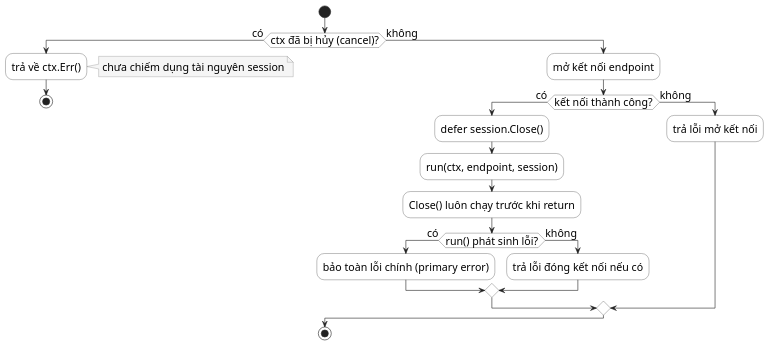
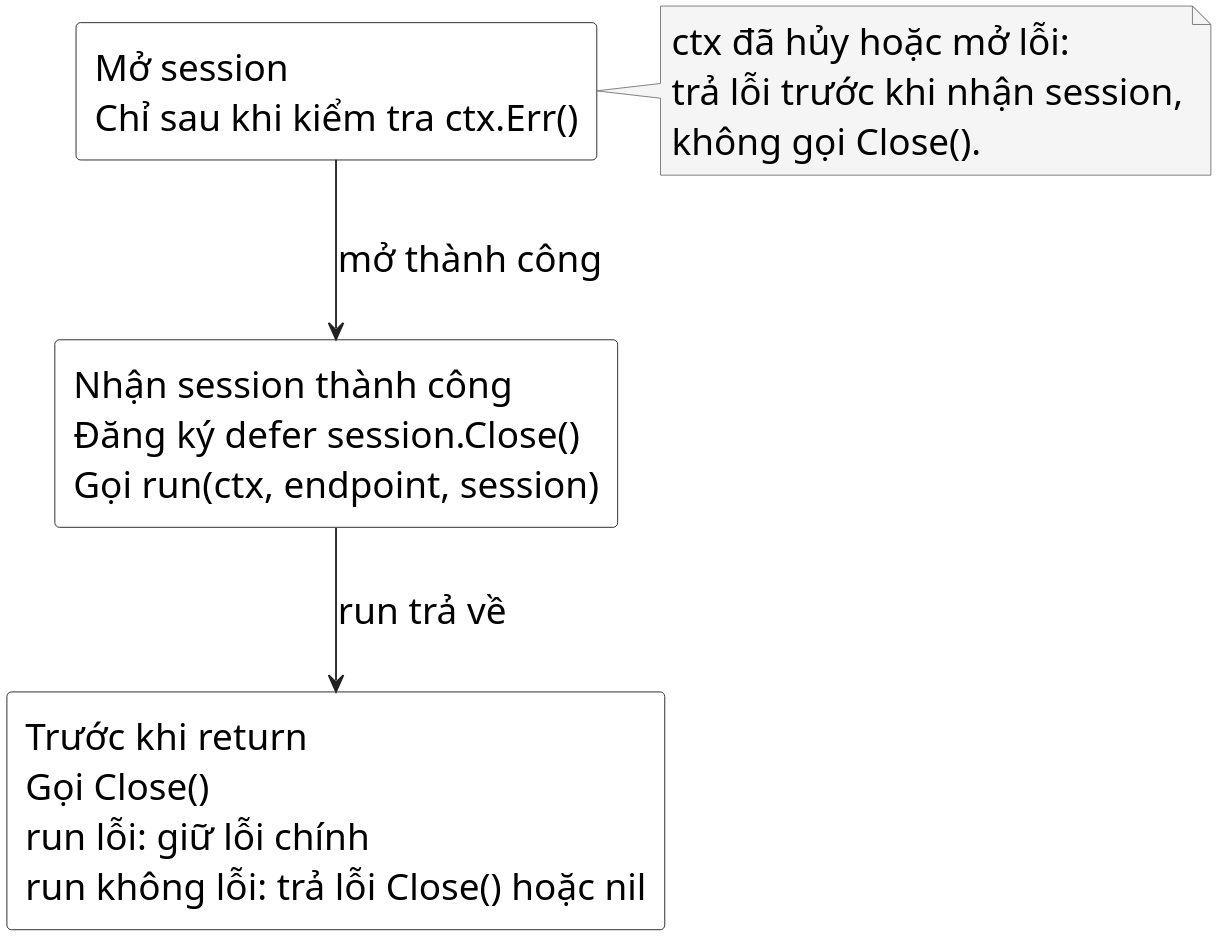
The diagram in assets/diagrams/cancellation-cleanup-trace.puml (Minhlike/Golang), drawn with PlantUML before and after one commit. The commit also changed 68 other files, not shown here.

```diff
--- a/assets/diagrams/cancellation-cleanup-trace.puml
+++ b/assets/diagrams/cancellation-cleanup-trace.puml
@@ -1,39 +1,29 @@
 @startuml
 skinparam backgroundColor #FFFFFF
 skinparam defaultFontName "Source Sans 3"
-skinparam defaultFontSize 18
+skinparam defaultFontSize 20
+skinparam dpi 300
 skinparam shadowing false
 skinparam note {
   BackgroundColor #F5F5F5
   BorderColor #777777
   FontColor #000000
 }
-skinparam activity {
+skinparam rectangle {
   BackgroundColor #FFFFFF
   BorderColor #222222
   FontColor #000000
 }
 skinparam ArrowColor #222222
 
-start
-if (ctx đã bị hủy (cancel)?) then (có)
-  :trả về ctx.Err();
-  note right: chưa chiếm dụng tài nguyên session
-  stop
-else (không)
-  :mở kết nối endpoint;
-  if (kết nối thành công?) then (có)
-    :defer session.Close();
-    :run(ctx, endpoint, session);
-    :Close() luôn chạy trước khi return;
-    if (run() phát sinh lỗi?) then (có)
-      :bảo toàn lỗi chính (primary error);
-    else (không)
-      :trả lỗi đóng kết nối nếu có;
-    endif
-  else (không)
-    :trả lỗi mở kết nối;
-  endif
-endif
-stop
+rectangle "Mở session\nChỉ sau khi kiểm tra ctx.Err()" as acquire
+rectangle "Nhận session thành công\nĐăng ký defer session.Close()\nGọi run(ctx, endpoint, session)" as owned
+rectangle "Trước khi return\nGọi Close()\nrun lỗi: giữ lỗi chính\nrun không lỗi: trả lỗi Close() hoặc nil" as cleanup
+acquire -down-> owned : mở thành công
+owned -down-> cleanup : run trả về
+note right of acquire
+ctx đã hủy hoặc mở lỗi:
+trả lỗi trước khi nhận session,
+không gọi Close().
+end note
 @enduml
```
